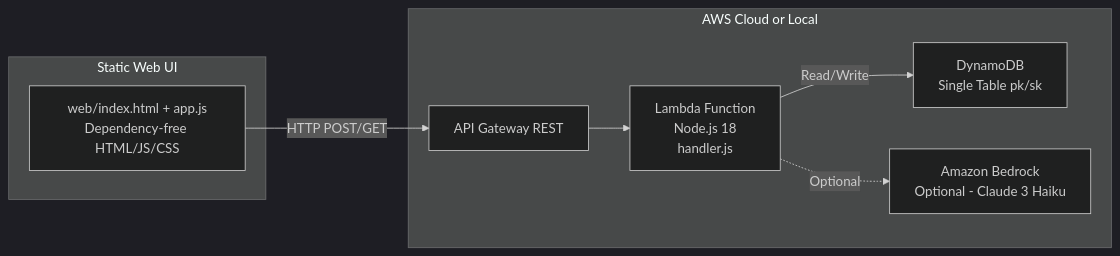
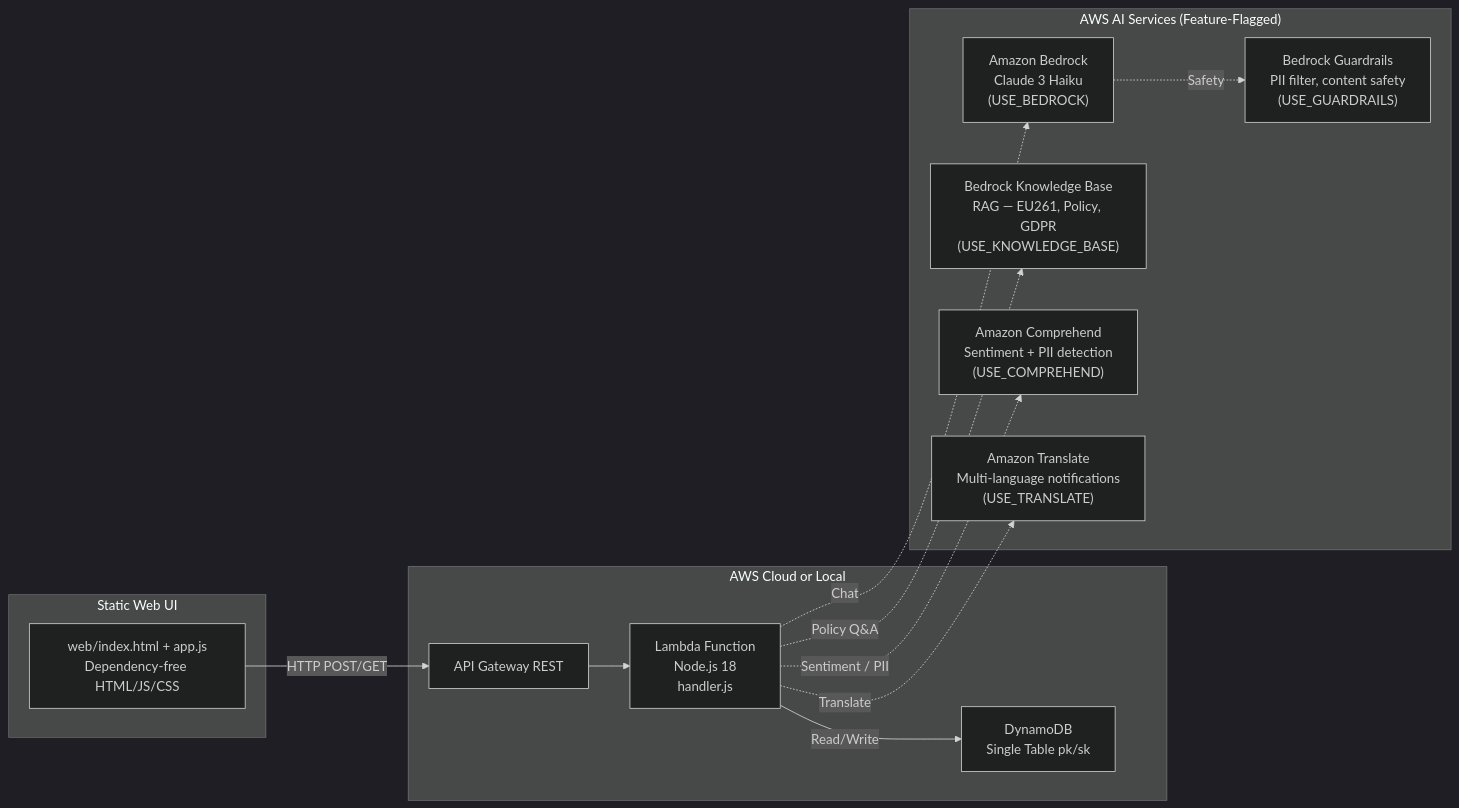
Before and after one commit to gtomwag/aws-gen-ai-ic-pia-bootcamp: the first of 2 diagrams in docs/architecture/solution-architecture.md, drawn with Mermaid (dark theme). The commit also changed other lines of this file and 1 other file, not shown here.

Commit message:
feat(architecture): Update POC diagrams and documentation to include AI service details and feature flags

````diff
--- a/docs/architecture/solution-architecture.md
+++ b/docs/architecture/solution-architecture.md
@@ -13,18 +13,29 @@
 ```mermaid
 graph LR
     subgraph "Static Web UI"
         A["web/index.html + app.js<br>Dependency-free HTML/JS/CSS"]
     end
 
     subgraph "AWS Cloud or Local"
         B["API Gateway REST"]
         C["Lambda Function<br>Node.js 18<br>handler.js"]
         D["DynamoDB<br>Single Table pk/sk"]
-        E["Amazon Bedrock<br>Optional - Claude 3 Haiku"]
+    end
+
+    subgraph "AWS AI Services (Feature-Flagged)"
+        E["Amazon Bedrock<br>Claude 3 Haiku<br>(USE_BEDROCK)"]
+        KB["Bedrock Knowledge Base<br>RAG — EU261, Policy, GDPR<br>(USE_KNOWLEDGE_BASE)"]
+        BG["Bedrock Guardrails<br>PII filter, content safety<br>(USE_GUARDRAILS)"]
+        CO["Amazon Comprehend<br>Sentiment + PII detection<br>(USE_COMPREHEND)"]
+        TR["Amazon Translate<br>Multi-language notifications<br>(USE_TRANSLATE)"]
     end
 
     A -->|"HTTP POST/GET"| B
     B --> C
     C -->|"Read/Write"| D
-    C -.->|"Optional"| E
+    C -.->|"Chat"| E
+    C -.->|"Policy Q&A"| KB
+    E -.->|"Safety"| BG
+    C -.->|"Sentiment / PII"| CO
+    C -.->|"Translate"| TR
 ```
````
